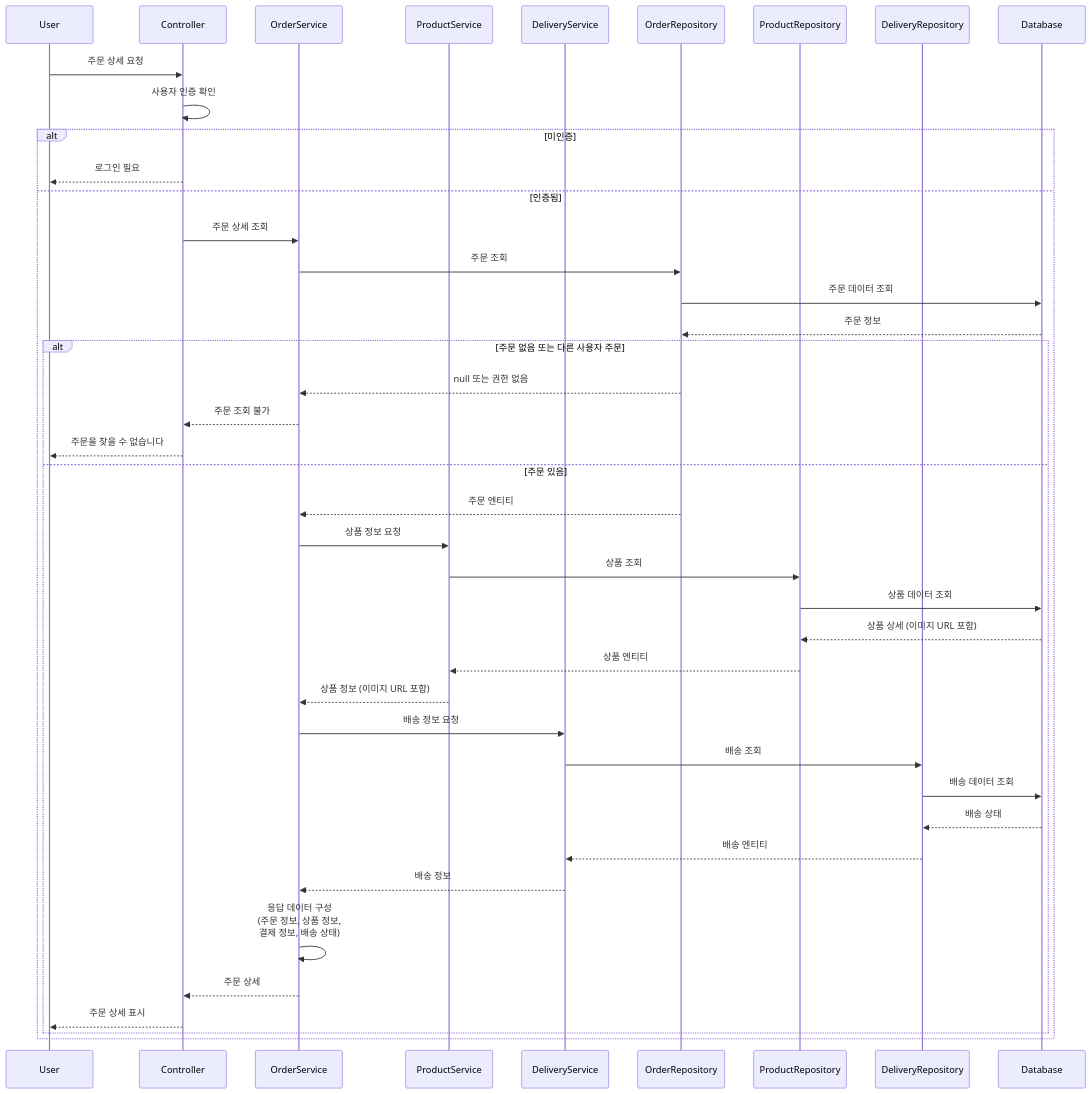
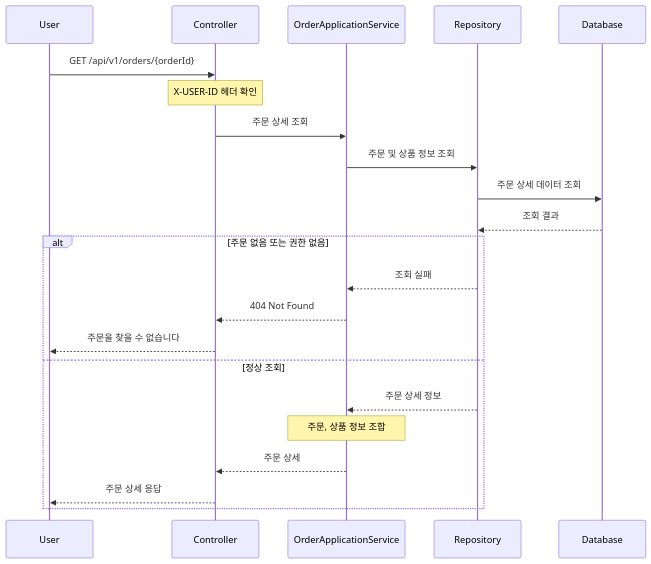
The tenth of 10 diagrams in docs/design/02-sequence-diagrams.md (h2jinee/loopers), drawn with Mermaid before and after one commit. The commit also changed other lines of this file and 3 other files, not shown here.

````diff
--- a/docs/design/02-sequence-diagrams.md
+++ b/docs/design/02-sequence-diagrams.md
@@ -481,53 +290,27 @@
 ```mermaid
 sequenceDiagram
     participant U as User
     participant C as Controller
-    participant OS as OrderService
-    participant PS as ProductService
-    participant DS as DeliveryService
-    participant OR as OrderRepository
-    participant PR as ProductRepository
-    participant DR as DeliveryRepository
+    participant AS as OrderApplicationService
+    participant Repo as Repository
     participant DB as Database
 
-    U->>C: 주문 상세 요청
-    C->>C: 사용자 인증 확인
+    U->>C: GET /api/v1/orders/{orderId}
+    Note over C: X-USER-ID 헤더 확인
+    C->>AS: 주문 상세 조회
     
-    alt 미인증
-        C-->>U: 로그인 필요
-    else 인증됨
-        C->>OS: 주문 상세 조회
-        
-        OS->>OR: 주문 조회
-        OR->>DB: 주문 데이터 조회
-        DB-->>OR: 주문 정보
-        
-        alt 주문 없음 또는 다른 사용자 주문
-            OR-->>OS: null 또는 권한 없음
-            OS-->>C: 주문 조회 불가
-            C-->>U: 주문을 찾을 수 없습니다
-        else 주문 있음
-            OR-->>OS: 주문 엔티티
-            
-            OS->>PS: 상품 정보 요청
-            PS->>PR: 상품 조회
-            PR->>DB: 상품 데이터 조회
-            DB-->>PR: 상품 상세 (이미지 URL 포함)
-            PR-->>PS: 상품 엔티티
-            
-            PS-->>OS: 상품 정보 (이미지 URL 포함)
-            
-            OS->>DS: 배송 정보 요청
-            DS->>DR: 배송 조회
-            DR->>DB: 배송 데이터 조회
-            DB-->>DR: 배송 상태
-            DR-->>DS: 배송 엔티티
-            DS-->>OS: 배송 정보
-            
-            OS->>OS: 응답 데이터 구성<br/>(주문 정보, 상품 정보,<br/>결제 정보, 배송 상태)
-            
-            OS-->>C: 주문 상세
-            C-->>U: 주문 상세 표시
-        end
+    AS->>Repo: 주문 및 상품 정보 조회
+    Repo->>DB: 주문 상세 데이터 조회
+    DB-->>Repo: 조회 결과
+    
+    alt 주문 없음 또는 권한 없음
+        Repo-->>AS: 조회 실패
+        AS-->>C: 404 Not Found
+        C-->>U: 주문을 찾을 수 없습니다
+    else 정상 조회
+        Repo-->>AS: 주문 상세 정보
+        Note over AS: 주문, 상품 정보 조합
+        AS-->>C: 주문 상세
+        C-->>U: 주문 상세 응답
     end
 ```
````
